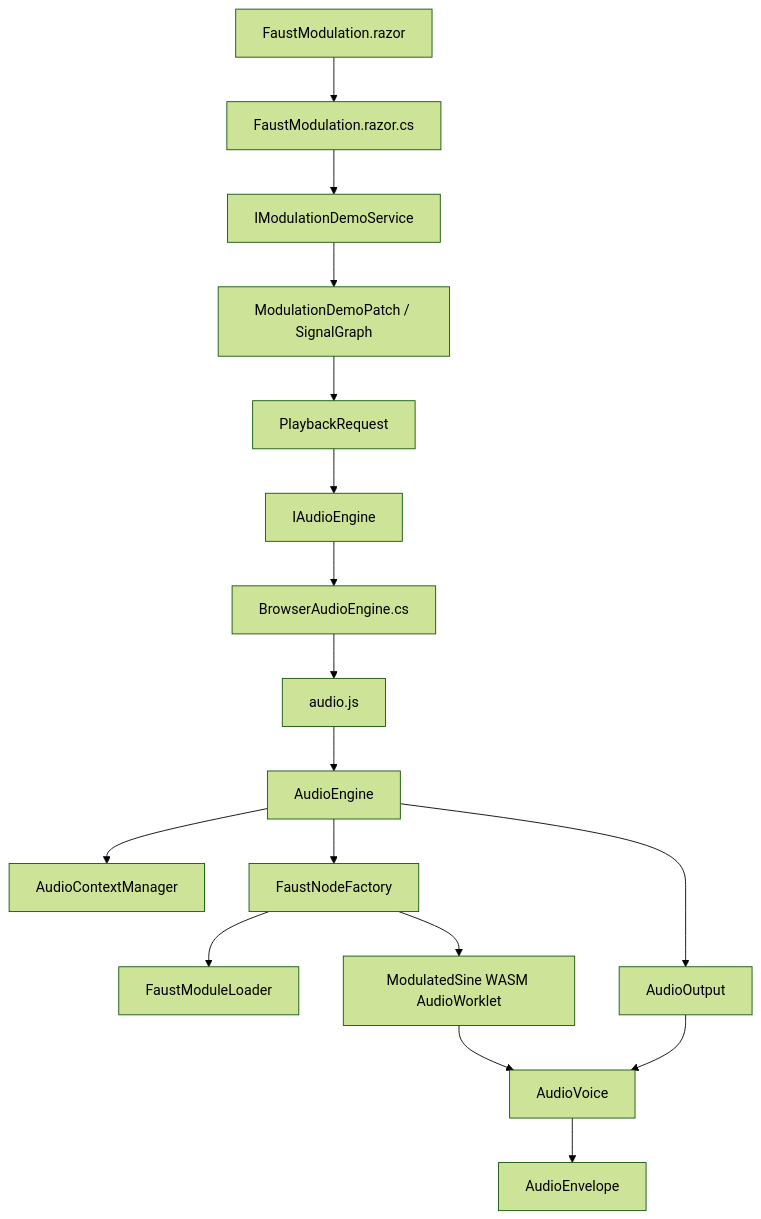
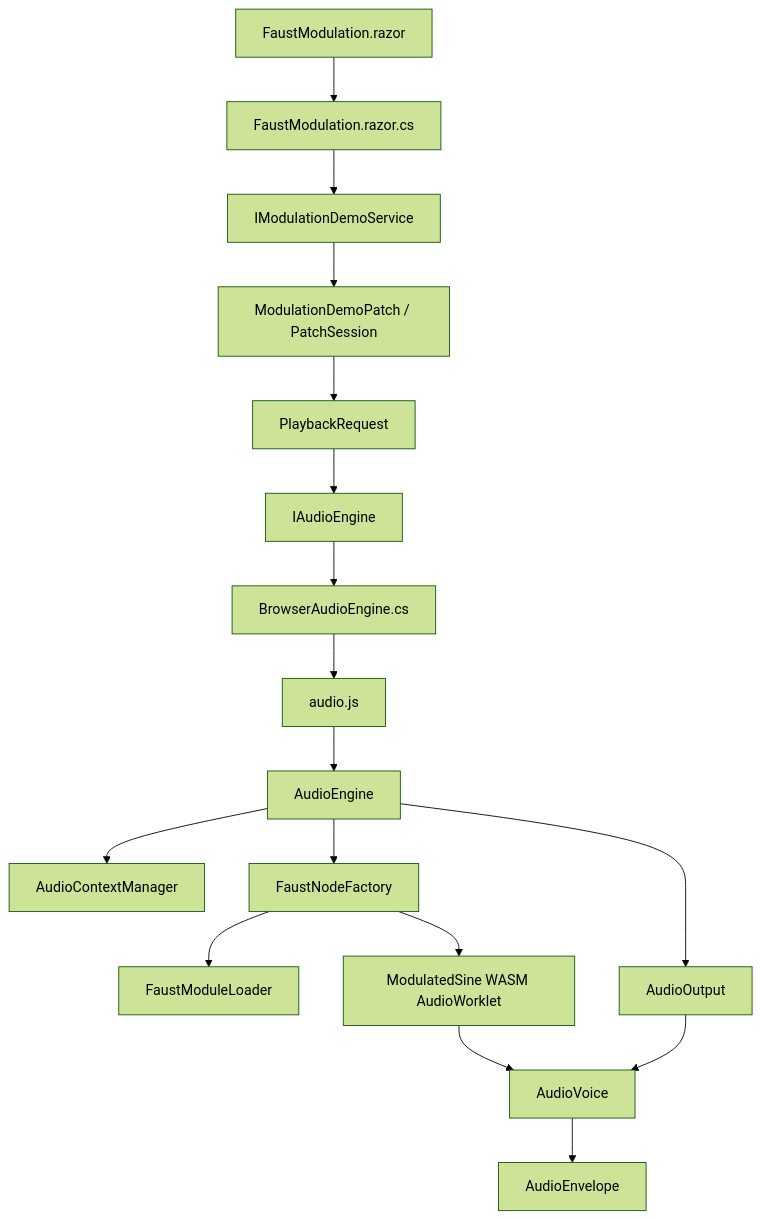
Before and after one commit to wgabel/orbit2: the second of 7 diagrams in README.md, drawn with Mermaid (forest theme). The commit also changed other lines of this file and 25 other files, not shown here.

Commit message:
Add patch session commands and revisioned graph events

````diff
--- a/README.md
+++ b/README.md
@@ -56,19 +56,19 @@
 ```mermaid
 flowchart TD
     View["FaustModulation.razor"] --> Presentation["FaustModulation.razor.cs"]
     Presentation --> Service["IModulationDemoService"]
-    Service --> Graph["ModulationDemoPatch / SignalGraph"]
+    Service --> Graph["ModulationDemoPatch / PatchSession"]
     Graph --> Request["PlaybackRequest"]
     Request --> EnginePort["IAudioEngine"]
     EnginePort --> Adapter["BrowserAudioEngine.cs"]
     Adapter --> Entry["audio.js"]
     Entry --> Engine["AudioEngine"]
     Engine --> Context["AudioContextManager"]
     Engine --> Factory["FaustNodeFactory"]
     Factory --> Loader["FaustModuleLoader"]
     Engine --> Output["AudioOutput"]
     Output --> Voice["AudioVoice"]
     Voice --> Envelope["AudioEnvelope"]
     Factory --> DSP["ModulatedSine WASM AudioWorklet"]
     DSP --> Voice
 ```
````
